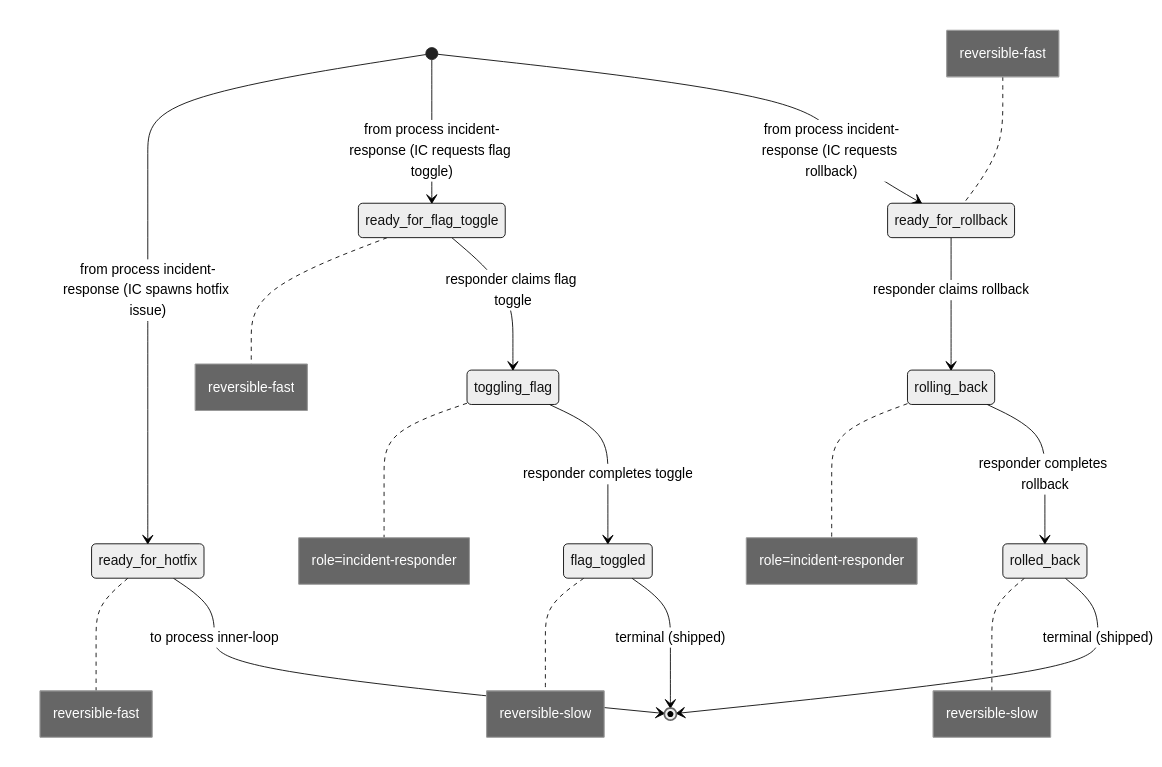
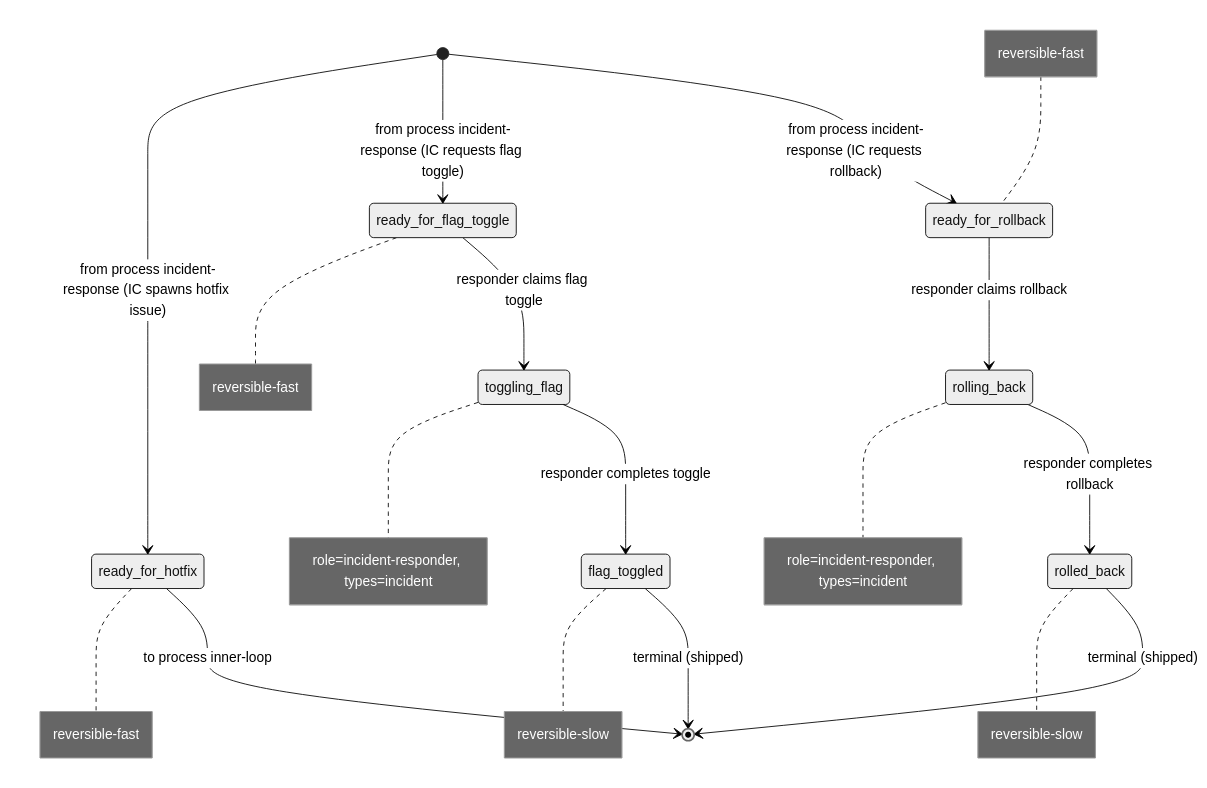
The diagram in examples/workflows/mitigation.md (blemees/blemees-workflow), drawn with Mermaid (neutral theme) before and after one commit. The commit also changed other lines of this file and 41 other files, not shown here.

````diff
--- a/examples/workflows/mitigation.md
+++ b/examples/workflows/mitigation.md
@@ -7,28 +11,28 @@
 ```mermaid
 stateDiagram-v2
     %% Cross-process interfaces:
     %%   Entry (spawn ): ready_for_rollback from process incident-response
     %%   Entry (spawn ): ready_for_flag_toggle from process incident-response
     %%   Entry (spawn ): ready_for_hotfix from process incident-response
     %%   Exit  (shared): ready_for_hotfix to process inner-loop
     %%
 
     [*] --> ready_for_rollback: from process incident-response (IC requests rollback)
     [*] --> ready_for_flag_toggle: from process incident-response (IC requests flag toggle)
     [*] --> ready_for_hotfix: from process incident-response (IC spawns hotfix issue)
     ready_for_rollback --> rolling_back: responder claims rollback
     rolling_back --> rolled_back: responder completes rollback
     ready_for_flag_toggle --> toggling_flag: responder claims flag toggle
     toggling_flag --> flag_toggled: responder completes toggle
     ready_for_hotfix --> [*]: to process inner-loop
     rolled_back --> [*]: terminal (shipped)
     flag_toggled --> [*]: terminal (shipped)
 
     note left of ready_for_rollback: reversible-fast
     note right of ready_for_flag_toggle: reversible-fast
     note right of ready_for_hotfix: reversible-fast
-    note right of rolling_back: role=incident-responder
+    note right of rolling_back: role=incident-responder, types=incident
     note right of rolled_back: reversible-slow
-    note right of toggling_flag: role=incident-responder
+    note right of toggling_flag: role=incident-responder, types=incident
     note right of flag_toggled: reversible-slow
 ```
````
